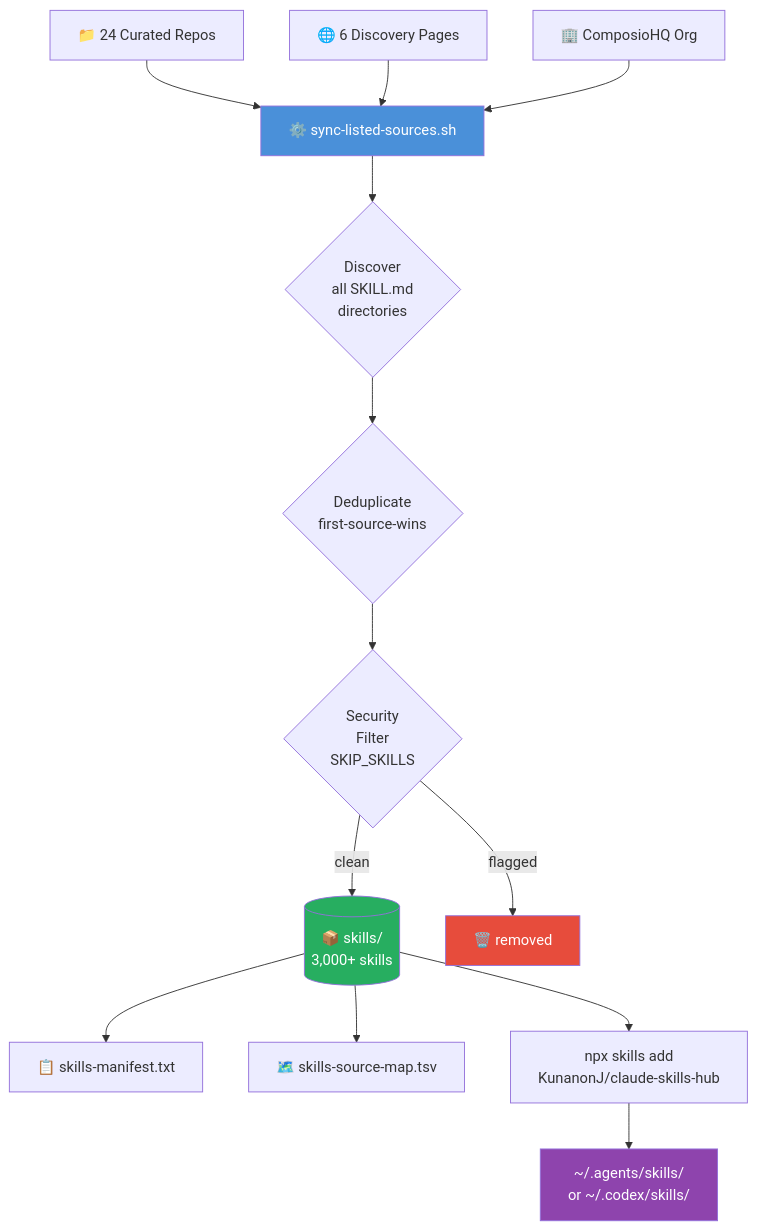
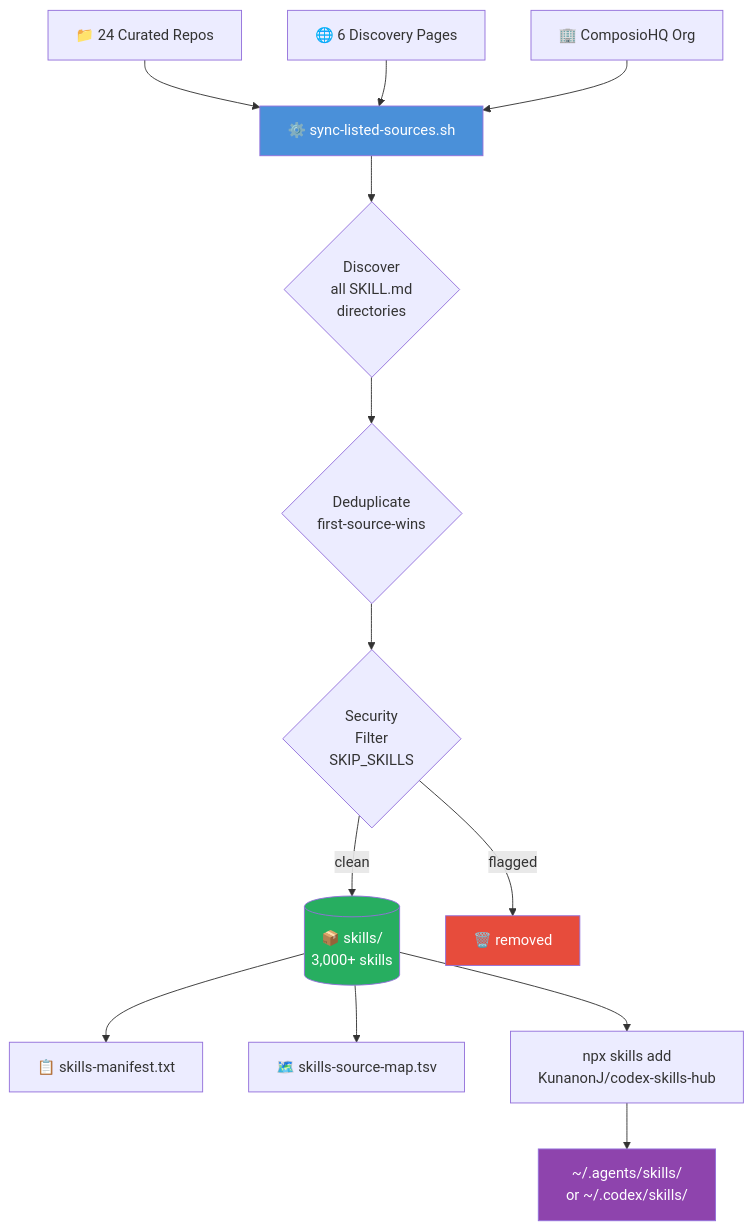
One commit to KunanonJ/claude-skills-hub changed the second of 4 diagrams in README.md. Above: the diagram before and after it, drawn with Mermaid. The commit also changed other lines of this file and 1 other file, not shown here.

Commit message:
docs: rename references to codex skills hub

````diff
--- a/README.md
+++ b/README.md
@@ -115,26 +115,26 @@
 ```mermaid
 flowchart TD
     A1[📁 24 Curated Repos] --> S
     A2[🌐 6 Discovery Pages] --> S
     A3[🏢 ComposioHQ Org] --> S
 
     S[⚙️ sync-listed-sources.sh]
 
     S --> D1{Discover\nall SKILL.md\ndirectories}
     D1 --> D2{Deduplicate\nfirst-source-wins}
     D2 --> D3{Security\nFilter\nSKIP_SKILLS}
 
     D3 -->|clean| OUT[(📦 skills/\n3,000+ skills)]
     D3 -->|flagged| BIN[🗑️ removed]
 
     OUT --> M[📋 skills-manifest.txt]
     OUT --> T[🗺️ skills-source-map.tsv]
-    OUT --> I[npx skills add\nKunanonJ/claude-skills-hub]
+    OUT --> I[npx skills add\nKunanonJ/codex-skills-hub]
 
     I --> LOCAL[~/.agents/skills/\nor ~/.codex/skills/]
 
     style S fill:#4A90D9,color:#fff
     style OUT fill:#27AE60,color:#fff
     style BIN fill:#E74C3C,color:#fff
     style LOCAL fill:#8E44AD,color:#fff
 ```
````
